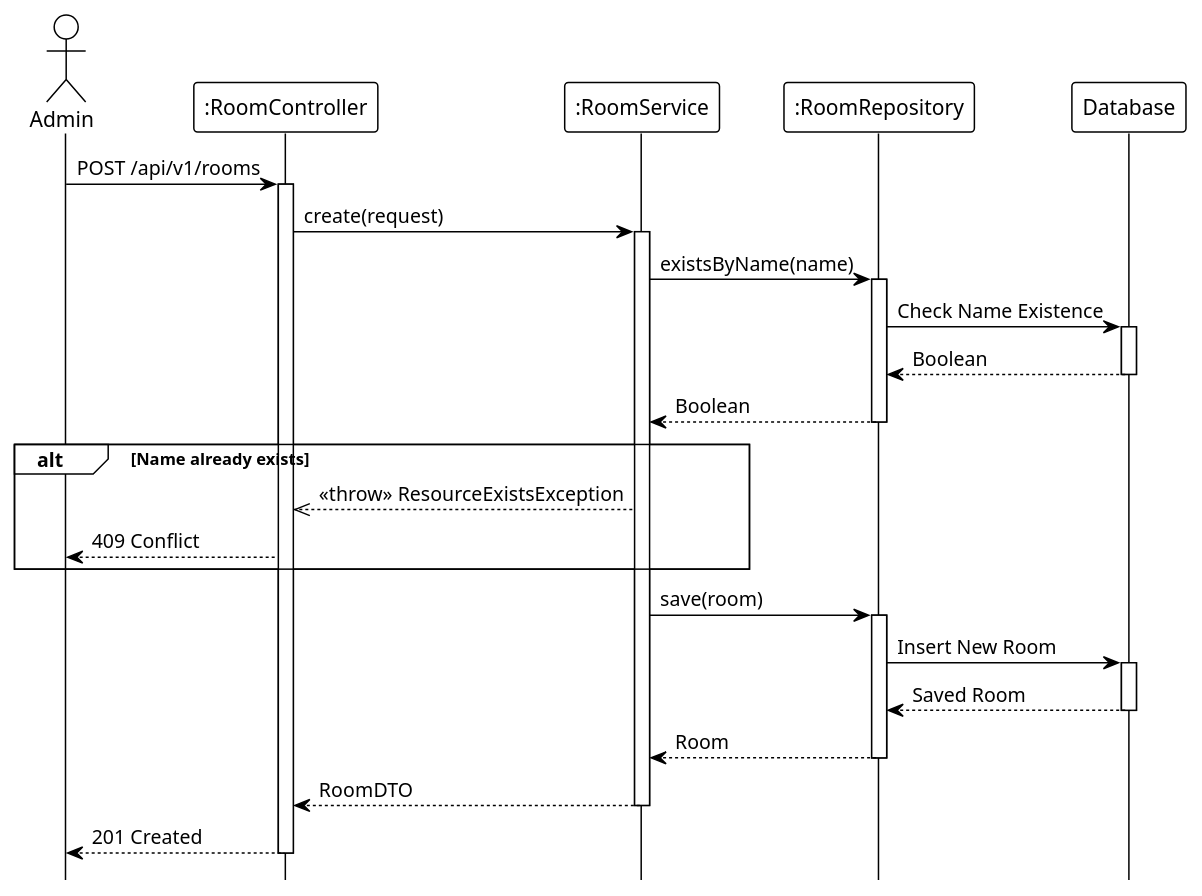
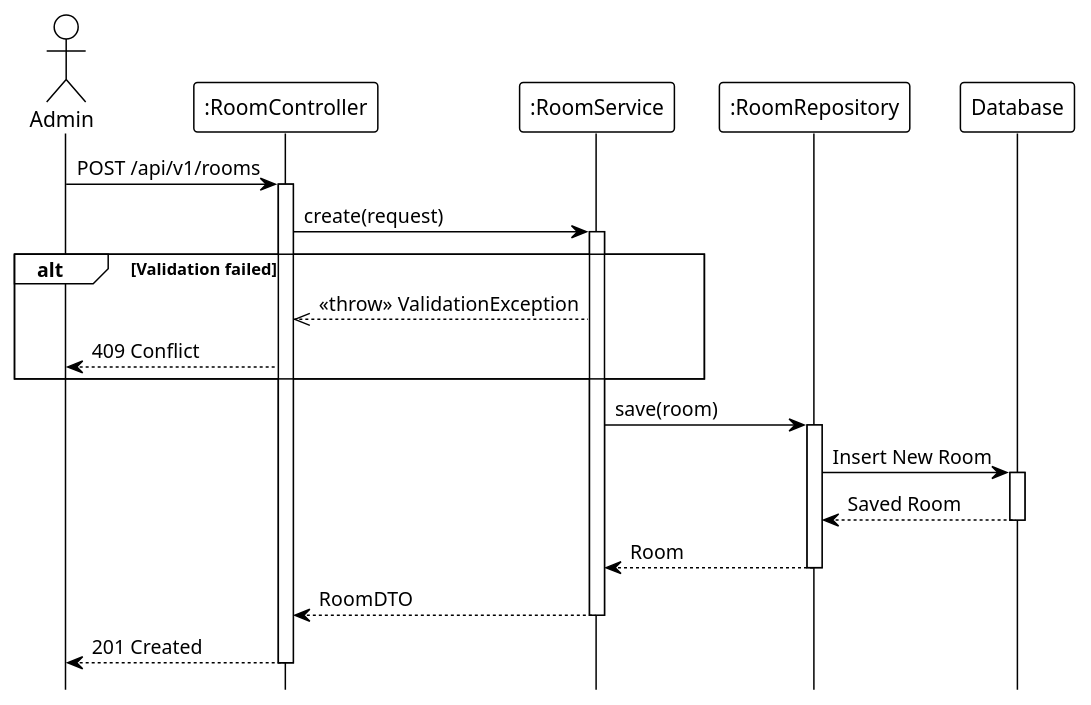
Before and after one commit to Ndh474/context: the diagram in system_detailed_design/57_create_room/sequence_diagram_create_room.puml, drawn with PlantUML. The commit also changed 14 other files, not shown here.

```diff
--- a/system_detailed_design/57_create_room/sequence_diagram_create_room.puml
+++ b/system_detailed_design/57_create_room/sequence_diagram_create_room.puml
@@ -1,53 +1,42 @@
 @startuml create_room
 !theme plain
 hide footbox
 
 actor Admin
 participant ":RoomController" as Controller
 participant ":RoomService" as Service
 participant ":RoomRepository" as Repository
 participant "Database" as DB
 
 ' --- MAIN FLOW ---
 Admin -> Controller: POST /api/v1/rooms
 activate Controller
 
 Controller -> Service: create(request)
 activate Service
 
-' --- VALIDATION LOGIC ---
-Service -> Repository: existsByName(name)
-activate Repository
+' Validation logic (internal: name uniqueness)
 
-Repository -> DB: Check Name Existence
-activate DB
-DB --> Repository: Boolean
-deactivate DB
-
-Repository --> Service: Boolean
-deactivate Repository
-
-alt Name already exists
-    Service -->> Controller: <<throw>> ResourceExistsException
+alt Validation failed
+    Service -->> Controller: <<throw>> ValidationException
     Controller --> Admin: 409 Conflict
 end
 
-' --- SAVE TO DATABASE ---
 Service -> Repository: save(room)
 activate Repository
 
 Repository -> DB: Insert New Room
 activate DB
 DB --> Repository: Saved Room
 deactivate DB
 
 Repository --> Service: Room
 deactivate Repository
 
 Service --> Controller: RoomDTO
 deactivate Service
 
 Controller --> Admin: 201 Created
 deactivate Controller
 
 @enduml
```
